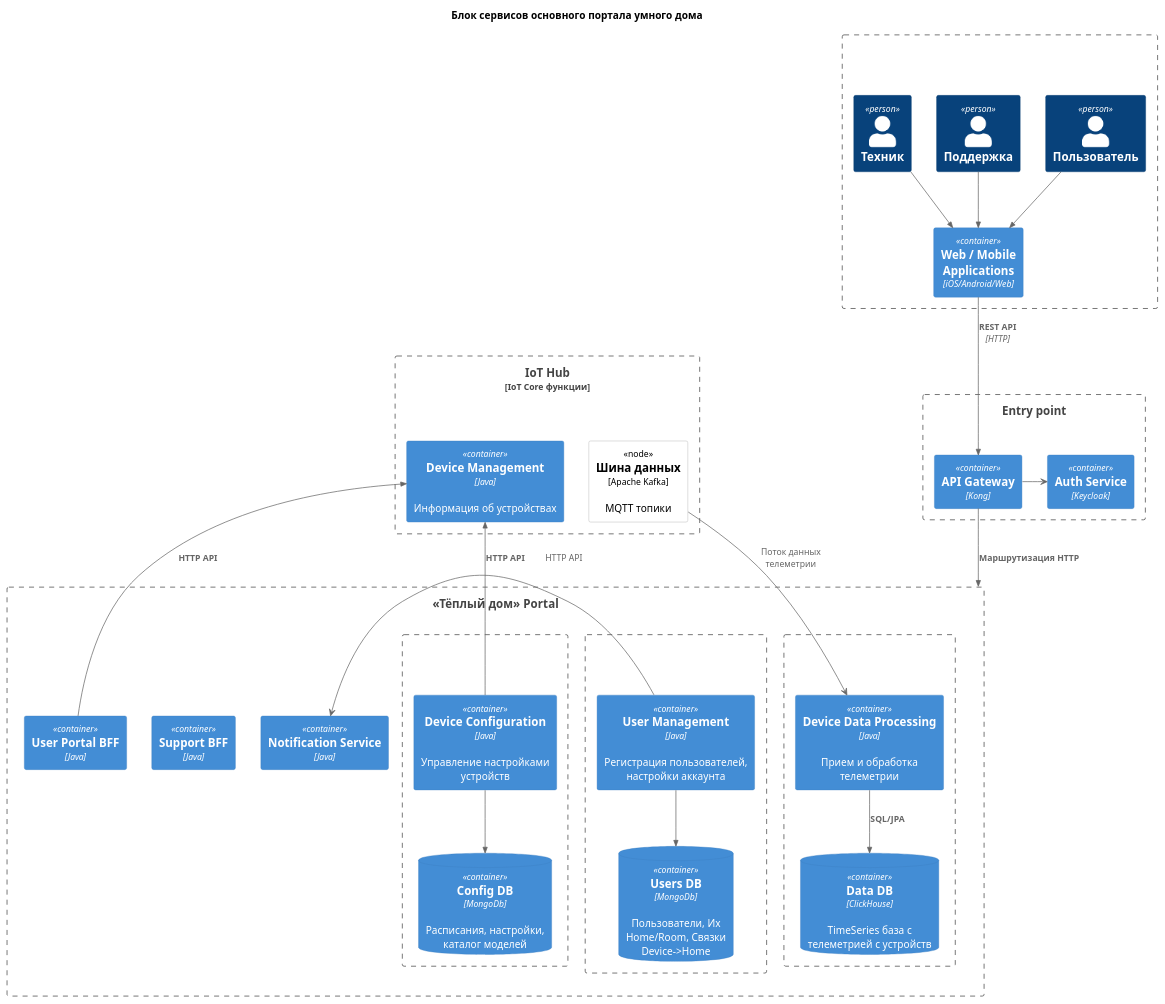
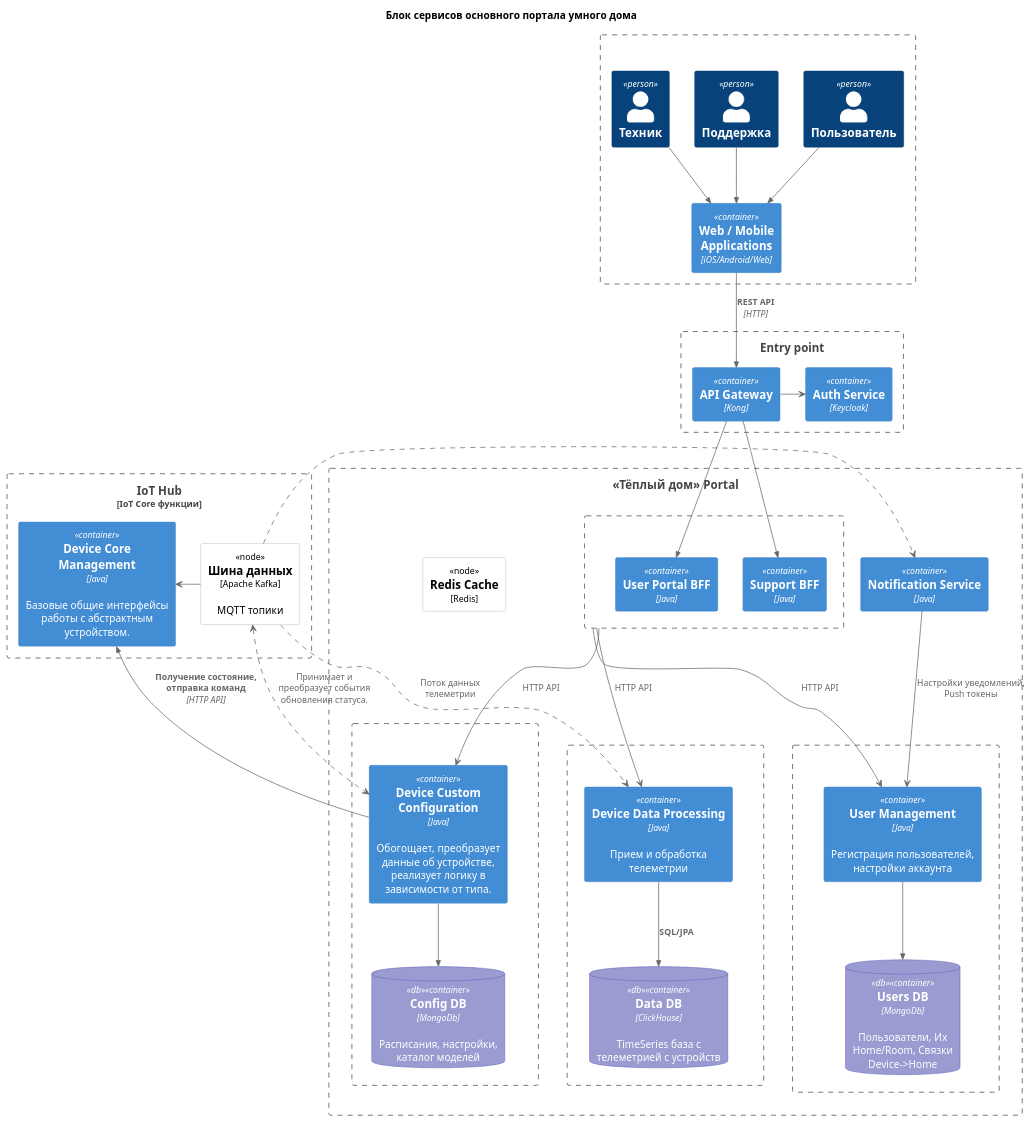
One commit to sapl/yandex-practicum-sprint-3 changed the diagram in tasks/task-1-2/portal-container-diagram.puml. Above: the diagram before and after it, drawn with PlantUML. The commit also changed other lines of this file and 7 other files, not shown here.

```diff
--- a/tasks/task-1-2/portal-container-diagram.puml
+++ b/tasks/task-1-2/portal-container-diagram.puml
@@ -1,84 +1,83 @@
 @startuml
 !include https://raw.githubusercontent.com/plantuml-stdlib/C4-PlantUML/master/C4_Context.puml
 !include https://raw.githubusercontent.com/plantuml-stdlib/C4-PlantUML/master/C4_Container.puml
 !include https://raw.githubusercontent.com/plantuml-stdlib/C4-PlantUML/master/C4_Component.puml
 !include https://raw.githubusercontent.com/plantuml-stdlib/C4-PlantUML/master/C4_Deployment.puml
 AddRelTag("dashed", $lineStyle = DashedLine())
-AddElementTag("db", $bgColor="#837ede", $borderColor="#4c46b0")
-
-
+AddElementTag("db", $bgColor="#999bd1", $borderColor="#4c46b0")
 
 title Блок сервисов основного портала умного дома
 
 Boundary(actors, "") {
     Person(user, "Пользователь")
     Person(support, "Поддержка")
     Person(tech, "Техник")
     Container(apps, "Web / Mobile \n Applications", "iOS/Android/Web", "")
     Rel(user, apps, " ")
-   Rel(support, apps, " ")
-   Rel(tech, apps, " ")
-
+    Rel(support, apps, " ")
+    Rel(tech, apps, " ")
 }
-
 
 Boundary(iotHub, "IoT Hub", "IoT Core функции") {
     Deployment_Node(kafka, "Шина данных", "Apache Kafka", "MQTT топики")
-    Container(deviceManagementService, "Device Management", "Java", "Информация об устройствах")
+    Container(deviceManagementService, "Device Core Management", "Java", "Базовые общие интерфейсы работы с абстрактным устройством.")
+    deviceManagementService <- kafka
 }
 
 Boundary(proxy, "Entry point") {
     Container(authService, "Auth Service", "Keycloak")
     Container(apiGateway, "API Gateway", "Kong")
-    apiGateway->authService
+    apiGateway -> authService
 }
 
 Boundary(portal, "«Тёплый дом» Portal") {
+    Deployment_Node(redis, "Redis Cache", "Redis")
 
-  Boundary(dataService_,"") {
-     Container(dataService, "Device Data Processing", "Java", "Прием и обработка телеметрии")
-     ContainerDb(dataDb, "Data DB", "ClickHouse", "TimeSeries база с телеметрией с устройств")
-     Rel_D(dataService,dataDb,"SQL/JPA")
-  }
-
-    Boundary(userManagement_,"") {
-       Container(userManagement, "User Management", "Java", "Регистрация пользователей, настройки аккаунта")
-        ContainerDb(userDb, "Users DB", "MongoDb", "Пользователи, Их Home/Room, Связки Device->Home")
-       Rel_D(userManagement,userDb," ")
+    Boundary(dataService_, "") {
+        Container(dataService, "Device Data Processing", "Java", "Прием и обработка телеметрии")
+        ContainerDb(dataDb, "Data DB", "ClickHouse", "TimeSeries база с телеметрией с устройств", $tags=db)
+        Rel_D(dataService, dataDb, "SQL/JPA")
     }
 
-      Boundary(configurationService_,"") {
-        Container(configurationService, "Device Configuration", "Java", "Управление настройками устройств")
-        ContainerDb(configDb, "Config DB", "MongoDb", "Расписания, настройки, каталог моделей")
-        Rel_D(configurationService,configDb, " ")
-        }
+    Boundary(userManagement_, "") {
+        Container(userManagement, "User Management", "Java", "Регистрация пользователей, настройки аккаунта")
+        ContainerDb(userDb, "Users DB", "MongoDb", "Пользователи, Их Home/Room, Связки Device->Home", $tags=db)
+        Rel_D(userManagement, userDb, " ")
+    }
 
+    Boundary(configurationService_, "") {
+        Container(configurationService, "Device Custom Configuration", "Java", "Обогощает, преобразует данные об устройстве, реализует логику в зависимости от типа.")
+        ContainerDb(configDb, "Config DB", "MongoDb", "Расписания, настройки, каталог моделей", $tags=db)
+        Rel_D(configurationService, configDb, " ")
+    }
 
     Container(notificationService, "Notification Service", "Java")
-    Container(supportBFF, "Support BFF", "Java")
-    Container(userPortalBFF, "User Portal BFF", "Java")
 
-   userManagement -> notificationService : HTTP API
-
-
-
+    Boundary(BFF, "") {
+        Container(supportBFF, "Support BFF", "Java")
+        Container(userPortalBFF, "User Portal BFF", "Java")
     }
 
+    Lay_D(BFF, userManagement_)
+    Lay_D(BFF, dataService_)
+    Lay_D(BFF, configurationService_)
 
+    BFF -> userManagement : HTTP API
+    BFF -> configurationService : HTTP API
+    BFF -> dataService : HTTP API
+
+    kafka .> notificationService
+
+    kafka <.> configurationService : Принимает и преобразует события обновления статуса.
+
+    Lay_L(notificationService,userPortalBFF)
+    notificationService -> userManagement: Настройки уведомлений, Push токены
 }
 
-
-Rel_U(userPortalBFF, deviceManagementService, "HTTP API")
-Rel_U(configurationService, deviceManagementService, "HTTP API")
-
-Rel_D(apiGateway, portal, "Маршрутизация HTTP")
-
-kafka -> dataService : Поток данных телеметрии
-
+Rel_U(configurationService, deviceManagementService, "Получение состояние, отправка команд", "HTTP API")
+kafka .> dataService : Поток данных телеметрии
 Rel(apps, apiGateway, "REST API", "HTTP")
-
-
-
-
+Rel(apiGateway, userPortalBFF, " ")
+Rel(apiGateway, supportBFF, " ")
 
 @enduml
```
